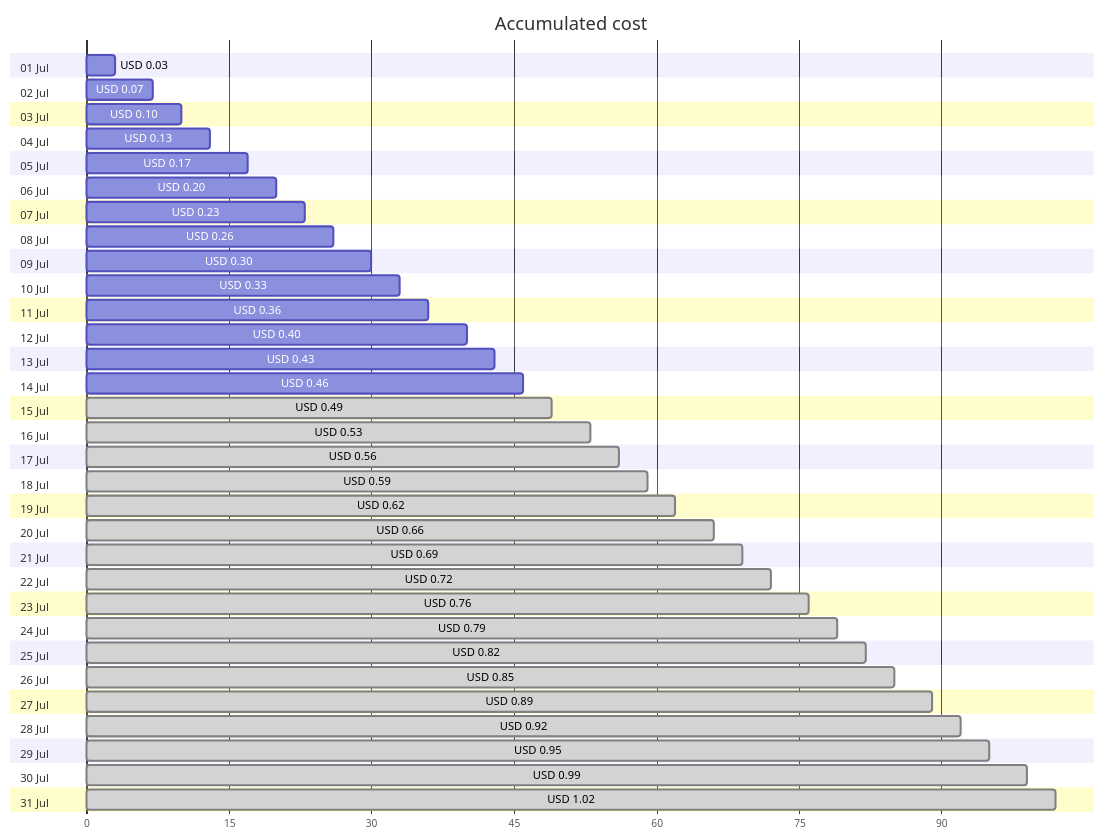
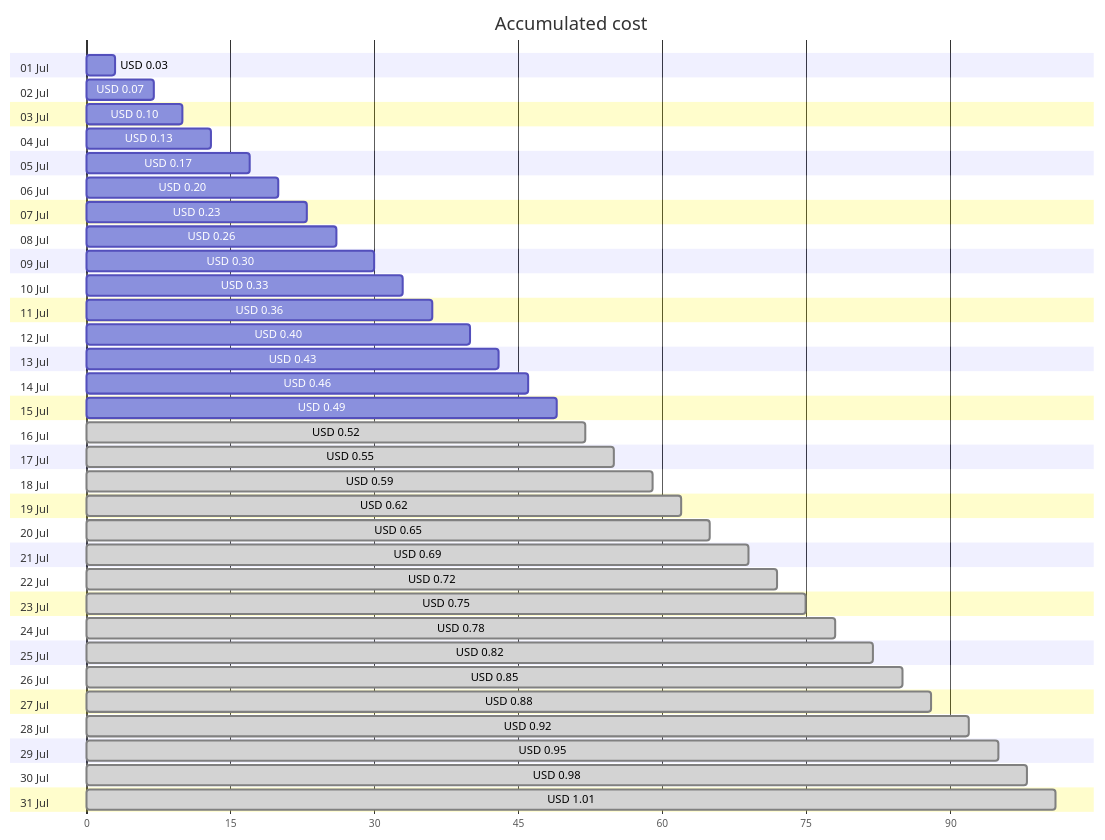
Before and after one commit to jpfulton/azure-personal-reports: the first of 4 diagrams in cost-reports/personal-dns/README.md, drawn with Mermaid. The commit also changed other lines of this file and 2 other files, not shown here.

````diff
--- a/cost-reports/personal-dns/README.md
+++ b/cost-reports/personal-dns/README.md
@@ -20,68 +20,68 @@
 ```mermaid
 gantt
    title Accumulated cost
    dateFormat  X
    axisFormat %s
    section 01 Jul
    USD 0.03 :0, 3
    section 02 Jul
    USD 0.07 :0, 7
    section 03 Jul
    USD 0.10 :0, 10
    section 04 Jul
    USD 0.13 :0, 13
    section 05 Jul
    USD 0.17 :0, 17
    section 06 Jul
    USD 0.20 :0, 20
    section 07 Jul
    USD 0.23 :0, 23
    section 08 Jul
    USD 0.26 :0, 26
    section 09 Jul
    USD 0.30 :0, 30
    section 10 Jul
    USD 0.33 :0, 33
    section 11 Jul
    USD 0.36 :0, 36
    section 12 Jul
    USD 0.40 :0, 40
    section 13 Jul
    USD 0.43 :0, 43
    section 14 Jul
    USD 0.46 :0, 46
    section 15 Jul
-   USD 0.49 : done, 0, 49
+   USD 0.49 :0, 49
    section 16 Jul
-   USD 0.53 : done, 0, 53
+   USD 0.52 : done, 0, 52
    section 17 Jul
-   USD 0.56 : done, 0, 56
+   USD 0.55 : done, 0, 55
    section 18 Jul
    USD 0.59 : done, 0, 59
    section 19 Jul
    USD 0.62 : done, 0, 62
    section 20 Jul
-   USD 0.66 : done, 0, 66
+   USD 0.65 : done, 0, 65
    section 21 Jul
    USD 0.69 : done, 0, 69
    section 22 Jul
    USD 0.72 : done, 0, 72
    section 23 Jul
-   USD 0.76 : done, 0, 76
+   USD 0.75 : done, 0, 75
    section 24 Jul
-   USD 0.79 : done, 0, 79
+   USD 0.78 : done, 0, 78
    section 25 Jul
    USD 0.82 : done, 0, 82
    section 26 Jul
    USD 0.85 : done, 0, 85
    section 27 Jul
-   USD 0.89 : done, 0, 89
+   USD 0.88 : done, 0, 88
    section 28 Jul
    USD 0.92 : done, 0, 92
    section 29 Jul
    USD 0.95 : done, 0, 95
    section 30 Jul
-   USD 0.99 : done, 0, 99
+   USD 0.98 : done, 0, 98
    section 31 Jul
-   USD 1.02 : done, 0, 102
+   USD 1.01 : done, 0, 101
 ```
````
